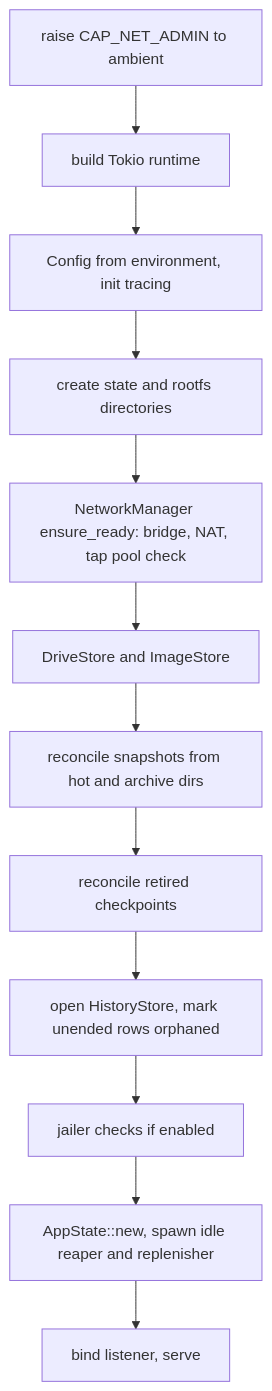
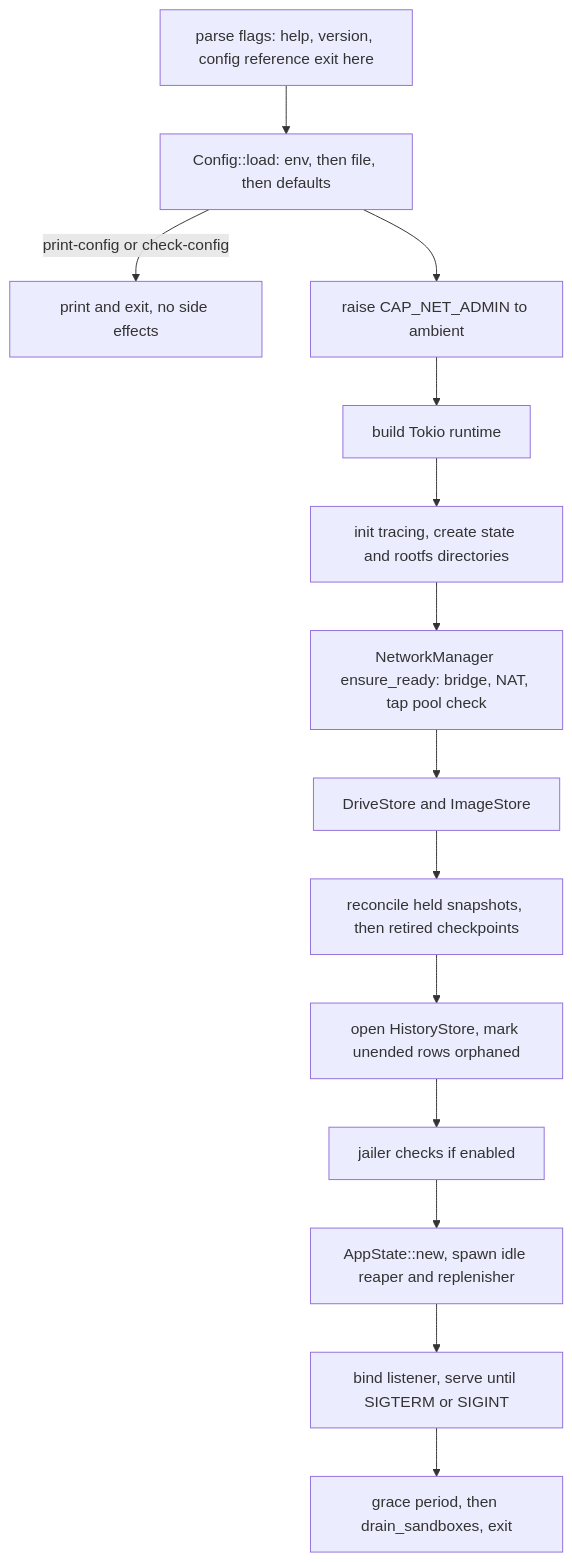
Before and after one commit to SumitKumar-17/sandkiln: the second of 4 diagrams in website/src/content/engineering/15-crate-daemon.md, drawn with Mermaid. The commit also changed other lines of this file and 91 other files, not shown here.

````diff
--- a/website/src/content/engineering/15-crate-daemon.md
+++ b/website/src/content/engineering/15-crate-daemon.md
@@ -76,14 +117,16 @@
 ```mermaid
 flowchart TD
-    A["raise CAP_NET_ADMIN to ambient"] --> B["build Tokio runtime"]
-    B --> C["Config from environment, init tracing"]
-    C --> D["create state and rootfs directories"]
-    D --> E["NetworkManager ensure_ready: bridge, NAT, tap pool check"]
-    E --> F["DriveStore and ImageStore"]
-    F --> G["reconcile snapshots from hot and archive dirs"]
-    G --> H["reconcile retired checkpoints"]
+    F["parse flags: help, version, config reference exit here"] --> L["Config::load: env, then file, then defaults"]
+    L -->|"print-config or check-config"| X["print and exit, no side effects"]
+    L --> A["raise CAP_NET_ADMIN to ambient"]
+    A --> B["build Tokio runtime"]
+    B --> C["init tracing, create state and rootfs directories"]
+    C --> E["NetworkManager ensure_ready: bridge, NAT, tap pool check"]
+    E --> G["DriveStore and ImageStore"]
+    G --> H["reconcile held snapshots, then retired checkpoints"]
     H --> I["open HistoryStore, mark unended rows orphaned"]
     I --> J["jailer checks if enabled"]
     J --> K["AppState::new, spawn idle reaper and replenisher"]
-    K --> L["bind listener, serve"]
+    K --> M["bind listener, serve until SIGTERM or SIGINT"]
+    M --> N["grace period, then drain_sandboxes, exit"]
 ```
````
